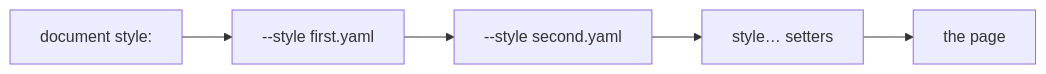
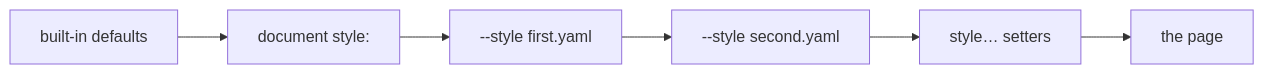
The diagram in darkmatter/docs/cli/render.md (yankeeinlondon/rusty-biscuit), drawn with Mermaid before and after one commit. The commit also changed other lines of this file and 21 other files, not shown here.

````diff
--- a/darkmatter/docs/cli/render.md
+++ b/darkmatter/docs/cli/render.md
@@ -127,4 +232,4 @@
 ```mermaid
 flowchart LR
-    D["document style:"] --> F1["--style first.yaml"] --> F2["--style second.yaml"] --> S["style… setters"] --> P["the page"]
+    B["built-in defaults"] --> D["document style:"] --> F1["--style first.yaml"] --> F2["--style second.yaml"] --> S["style… setters"] --> P["the page"]
 ```
````
